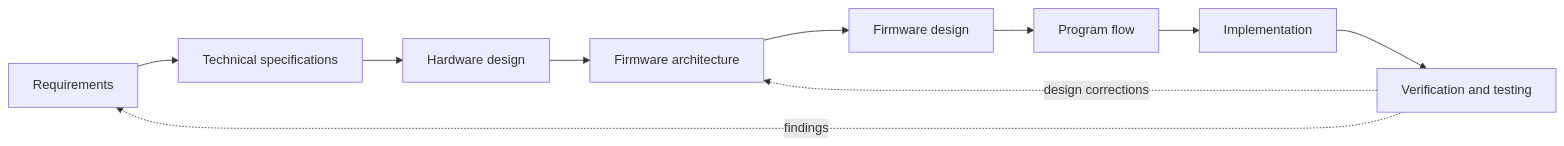
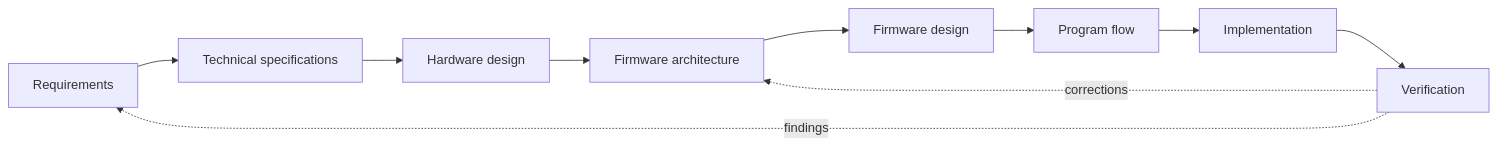
One commit to MusaabTaha/EduScope changed the second of 6 diagrams in README.md. Above: the diagram before and after it, drawn with Mermaid. The commit also changed other lines of this file, not shown here.

````diff
--- a/README.md
+++ b/README.md
@@ -127,15 +142,15 @@
 ```mermaid
 flowchart LR
     REQ[Requirements]
     SPEC[Technical specifications]
     HW[Hardware design]
     ARCH[Firmware architecture]
     DESIGN[Firmware design]
     FLOW[Program flow]
     IMPL[Implementation]
-    TEST[Verification and testing]
+    TEST[Verification]
 
     REQ --> SPEC --> HW --> ARCH --> DESIGN --> FLOW --> IMPL --> TEST
     TEST -. findings .-> REQ
-    TEST -. design corrections .-> ARCH
+    TEST -. corrections .-> ARCH
 ```
````
